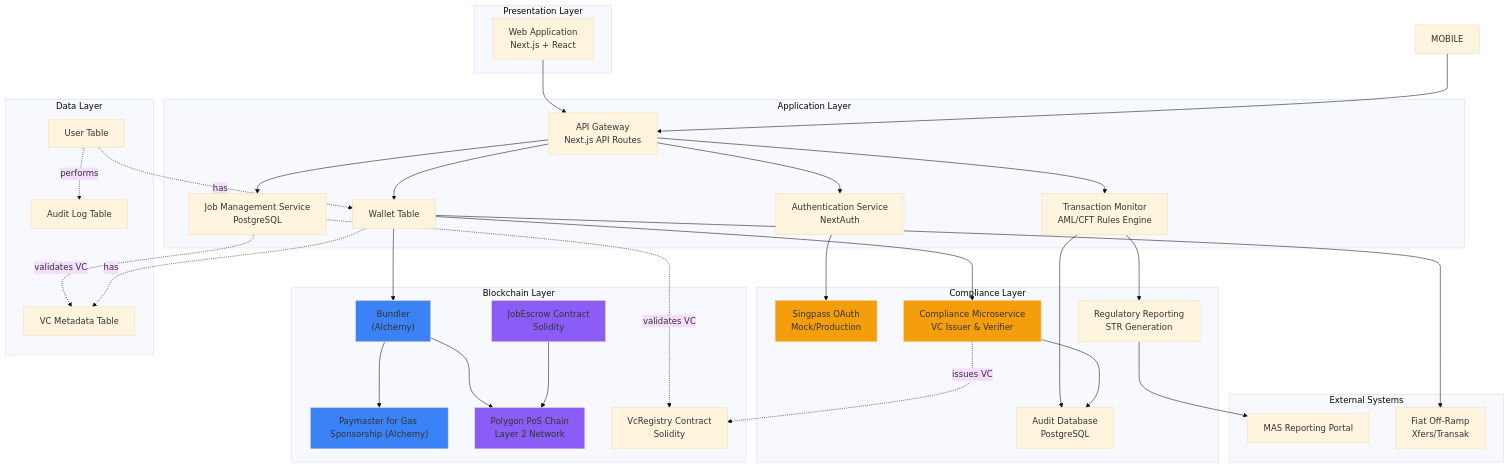
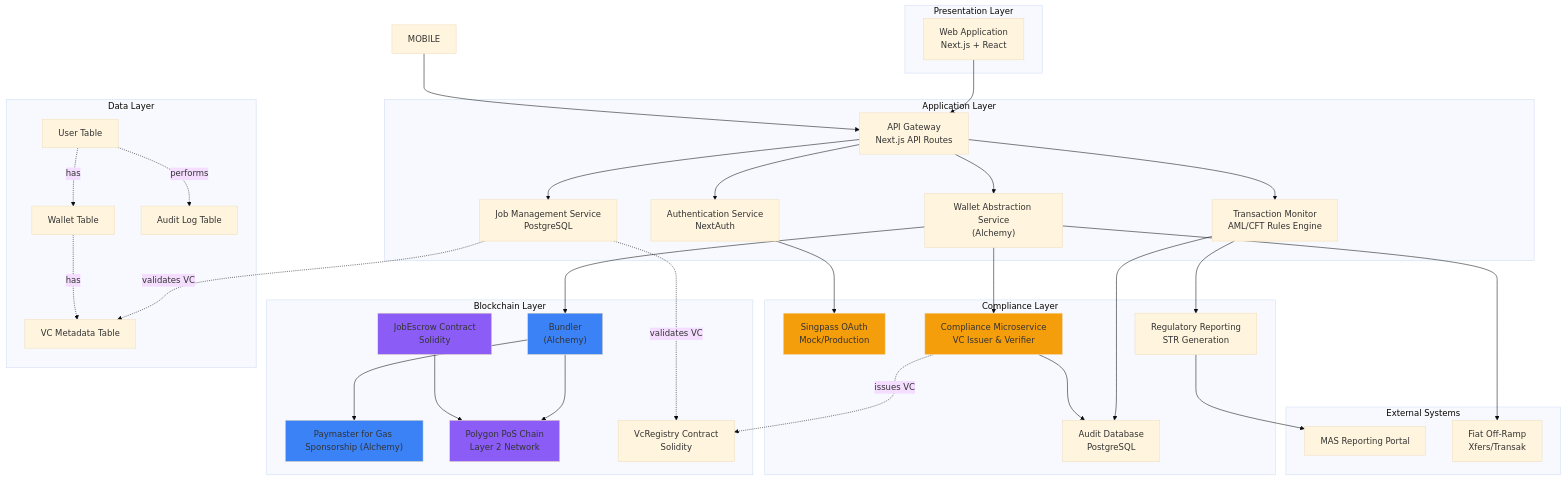
The first of 2 diagrams in README.md (neozhixuan/fr33), drawn with Mermaid (base theme) before and after one commit.

Commit message:
feat: refactor and clean

````diff
--- a/README.md
+++ b/README.md
@@ -9,80 +9,80 @@
 ```mermaid
 graph TB
     subgraph "Presentation Layer"
         WEB["Web Application\nNext.js + React"]
     end
 
     subgraph "Application Layer"
         WALLET["Wallet Abstraction Service\n(Alchemy)"]
         AUTH["Authentication Service\nNextAuth"]
         API["API Gateway\nNext.js API Routes"]
         JOB["Job Management Service\nPostgreSQL"]
         MONITOR["Transaction Monitor\nAML/CFT Rules Engine"]
     end
 
     subgraph "Compliance Layer"
         SINGPASS["Singpass OAuth\nMock/Production"]
         COMPLIANCE["Compliance Microservice\nVC Issuer & Verifier"]
         AUDIT["Audit Database\nPostgreSQL"]
         REPORTING["Regulatory Reporting\nSTR Generation"]
     end
 
     subgraph "Blockchain Layer"
         BUNDLER["Bundler\n(Alchemy)"]
         PAYMASTER["Paymaster for Gas Sponsorship (Alchemy)"]
         ESCROW["JobEscrow Contract\nSolidity"]
         POLYGON["Polygon PoS Chain\nLayer 2 Network"]
         VCREGISTRY["VcRegistry Contract\nSolidity"]
     end
 
     subgraph "External Systems"
         MAS["MAS Reporting Portal"]
         OFFRAMP["Fiat Off-Ramp\nXfers/Transak"]
     end
 
     subgraph "Data Layer"
         USER["User Table"]
-        WALLET["Wallet Table"]
+        WALLETDB["Wallet Table"]
         AUDITLOG["Audit Log Table"]
         VCMETADATA["VC Metadata Table"]
         JOB
     end
 
     WEB --> API
     MOBILE --> API
 
     API --> AUTH
     API --> JOB
     API --> WALLET
     API --> MONITOR
 
     AUTH --> SINGPASS
     WALLET --> COMPLIANCE
     MONITOR --> AUDIT
     MONITOR --> REPORTING
 
     WALLET --> BUNDLER
     BUNDLER --> PAYMASTER
     BUNDLER --> POLYGON
 
     ESCROW --> POLYGON
 
     COMPLIANCE --> AUDIT
     REPORTING --> MAS
     WALLET --> OFFRAMP
 
     COMPLIANCE -.issues VC.-> VCREGISTRY
     JOB -.validates VC.-> VCMETADATA
     JOB -.validates VC.-> VCREGISTRY
 
-    USER -.has.-> WALLET
+    USER -.has.-> WALLETDB
     USER -.performs.-> AUDITLOG
-    WALLET -.has.-> VCMETADATA
+    WALLETDB -.has.-> VCMETADATA
 
     style POLYGON fill:#8b5cf6
     style ESCROW fill:#8b5cf6
     style COMPLIANCE fill:#f59e0b
     style SINGPASS fill:#f59e0b
     style BUNDLER fill:#3b82f6
     style PAYMASTER fill:#3b82f6
 ```
````
